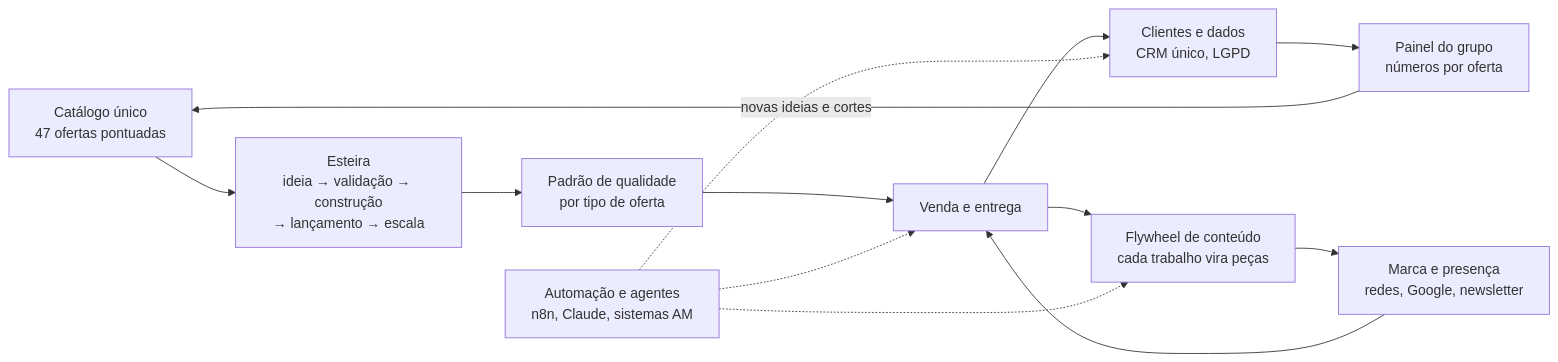
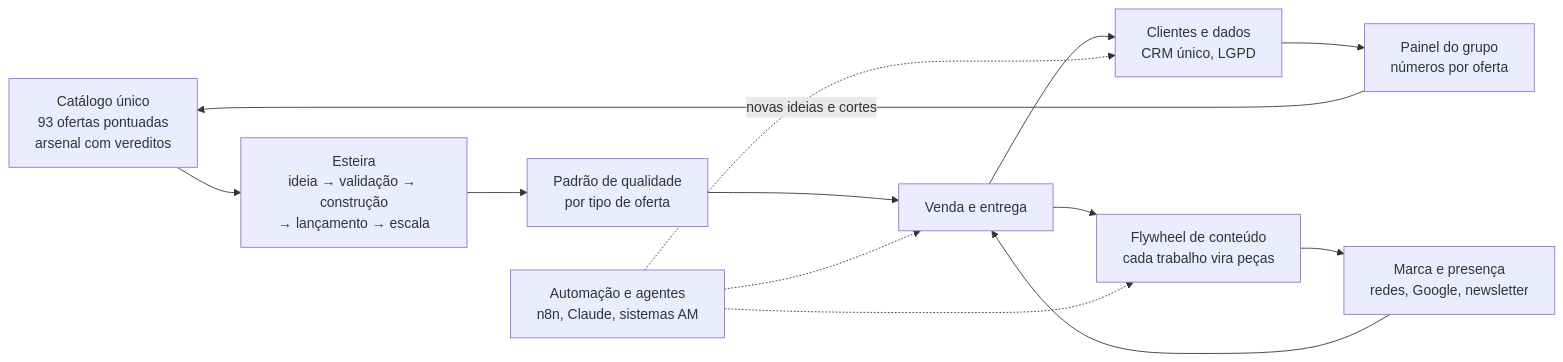
Before and after one commit to AlanMateus17/dev-setup: the diagram in docs/operacao/README.md, drawn with Mermaid. The commit also changed other lines of this file and 41 other files, not shown here.

First line of the commit message:
feat(portfolio): arsenal de rendas com vereditos, facilidade, regras e radar de revenda

````diff
--- a/docs/operacao/README.md
+++ b/docs/operacao/README.md
@@ -11,15 +11,15 @@
 ```mermaid
 flowchart LR
-  C["Catálogo único<br/>47 ofertas pontuadas"] --> E["Esteira<br/>ideia → validação → construção<br/>→ lançamento → escala"]
+  C["Catálogo único<br/>93 ofertas pontuadas<br/>arsenal com vereditos"] --> E["Esteira<br/>ideia → validação → construção<br/>→ lançamento → escala"]
   E --> Q["Padrão de qualidade<br/>por tipo de oferta"]
   Q --> V["Venda e entrega"]
   V --> D["Clientes e dados<br/>CRM único, LGPD"]
   V --> F["Flywheel de conteúdo<br/>cada trabalho vira peças"]
   F --> M["Marca e presença<br/>redes, Google, newsletter"]
   M --> V
   D --> P["Painel do grupo<br/>números por oferta"]
   P -->|"novas ideias e cortes"| C
   A["Automação e agentes<br/>n8n, Claude, sistemas AM"] -.-> V
   A -.-> F
   A -.-> D
 ```
````
